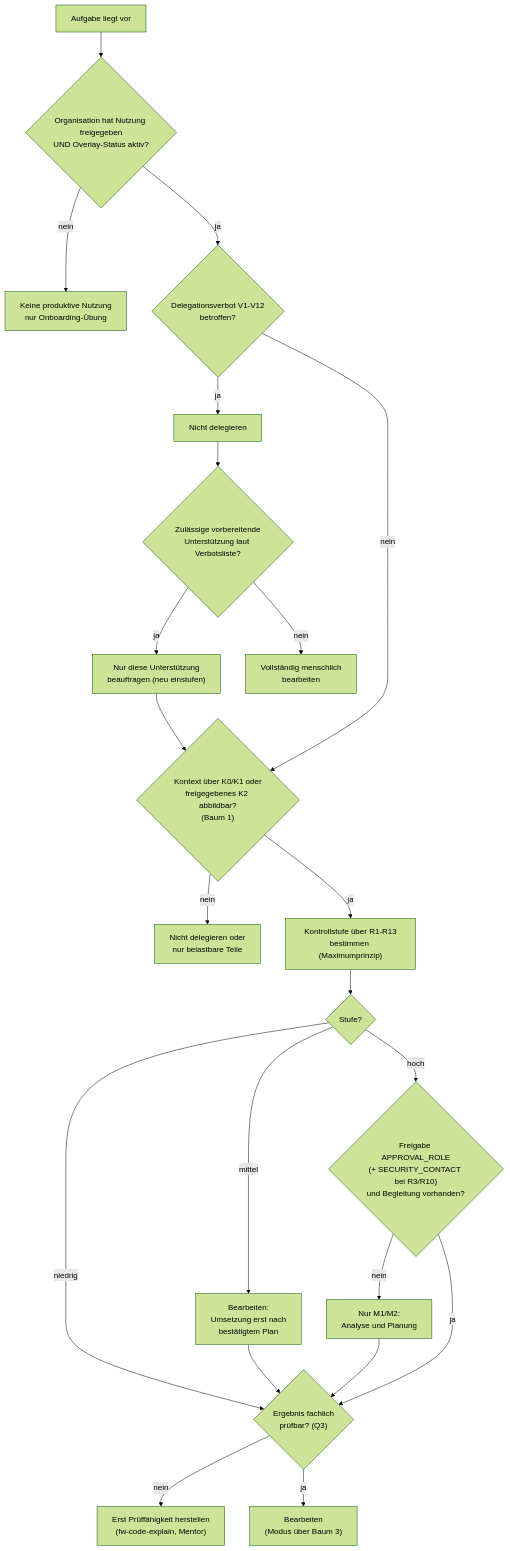
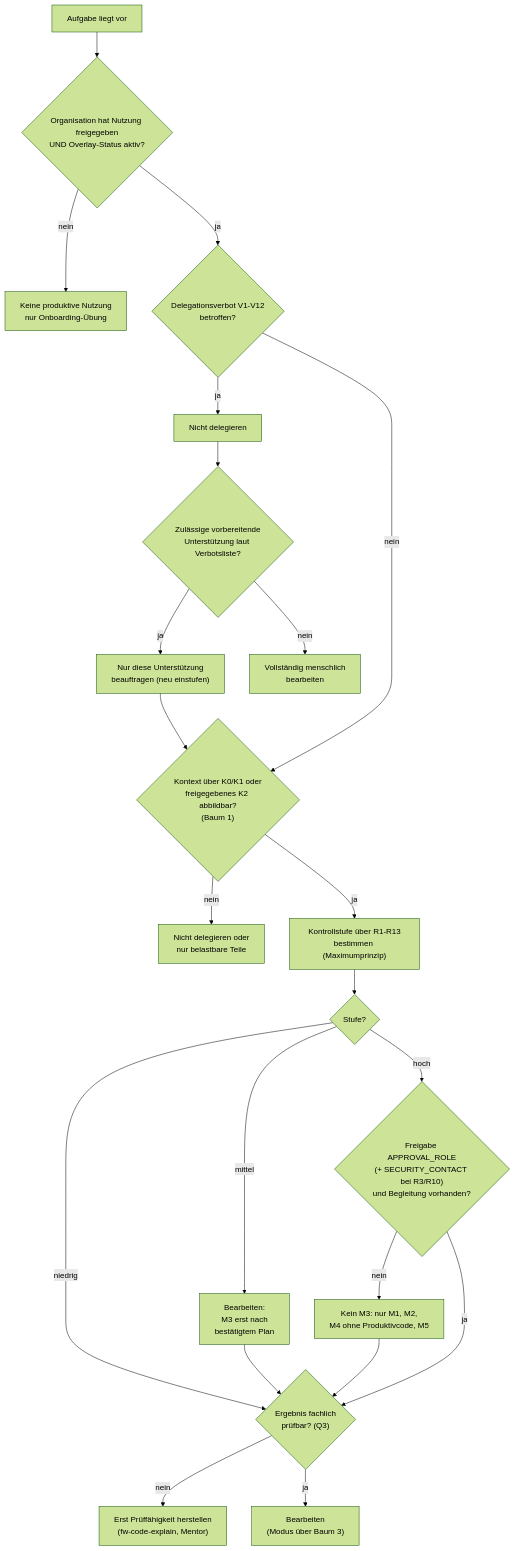
The diagram in .koolie/core/decision-trees/02-may-ai-do-task.md (Renoxar/koolie), drawn with Mermaid (forest theme) before and after one commit. The commit also changed other lines of this file and 78 other files, not shown here.

````diff
--- a/.koolie/core/decision-trees/02-may-ai-do-task.md
+++ b/.koolie/core/decision-trees/02-may-ai-do-task.md
@@ -23,20 +23,20 @@
 ```mermaid
 flowchart TD
     A["Aufgabe liegt vor"] --> B{"Organisation hat Nutzung freigegeben<br/>UND Overlay-Status aktiv?"}
     B -- "nein" --> X1["Keine produktive Nutzung<br/>nur Onboarding-Übung"]
     B -- "ja" --> C{"Delegationsverbot V1-V12<br/>betroffen?"}
     C -- "ja" --> X2["Nicht delegieren"] --> C2{"Zulässige vorbereitende<br/>Unterstützung laut Verbotsliste?"}
     C2 -- "ja" --> C3["Nur diese Unterstützung<br/>beauftragen (neu einstufen)"] --> D
     C2 -- "nein" --> X3["Vollständig menschlich<br/>bearbeiten"]
     C -- "nein" --> D{"Kontext über K0/K1 oder<br/>freigegebenes K2 abbildbar?<br/>(Baum 1)"}
     D -- "nein" --> X4["Nicht delegieren oder<br/>nur belastbare Teile"]
     D -- "ja" --> E["Kontrollstufe über R1-R13<br/>bestimmen (Maximumprinzip)"]
     E --> F{"Stufe?"}
     F -- "niedrig" --> G{"Ergebnis fachlich<br/>prüfbar? (Q3)"}
-    F -- "mittel" --> H["Bearbeiten:<br/>Umsetzung erst nach<br/>bestätigtem Plan"] --> G
+    F -- "mittel" --> H["Bearbeiten:<br/>M3 erst nach<br/>bestätigtem Plan"] --> G
     F -- "hoch" --> I{"Freigabe APPROVAL_ROLE<br/>(+ SECURITY_CONTACT bei R3/R10)<br/>und Begleitung vorhanden?"}
-    I -- "nein" --> J["Nur M1/M2:<br/>Analyse und Planung"] --> G
+    I -- "nein" --> J["Kein M3: nur M1, M2,<br/>M4 ohne Produktivcode, M5"] --> G
     I -- "ja" --> G
     G -- "nein" --> K["Erst Prüffähigkeit herstellen<br/>(fw-code-explain, Mentor)"]
     G -- "ja" --> OK["Bearbeiten<br/>(Modus über Baum 3)"]
 ```
````
